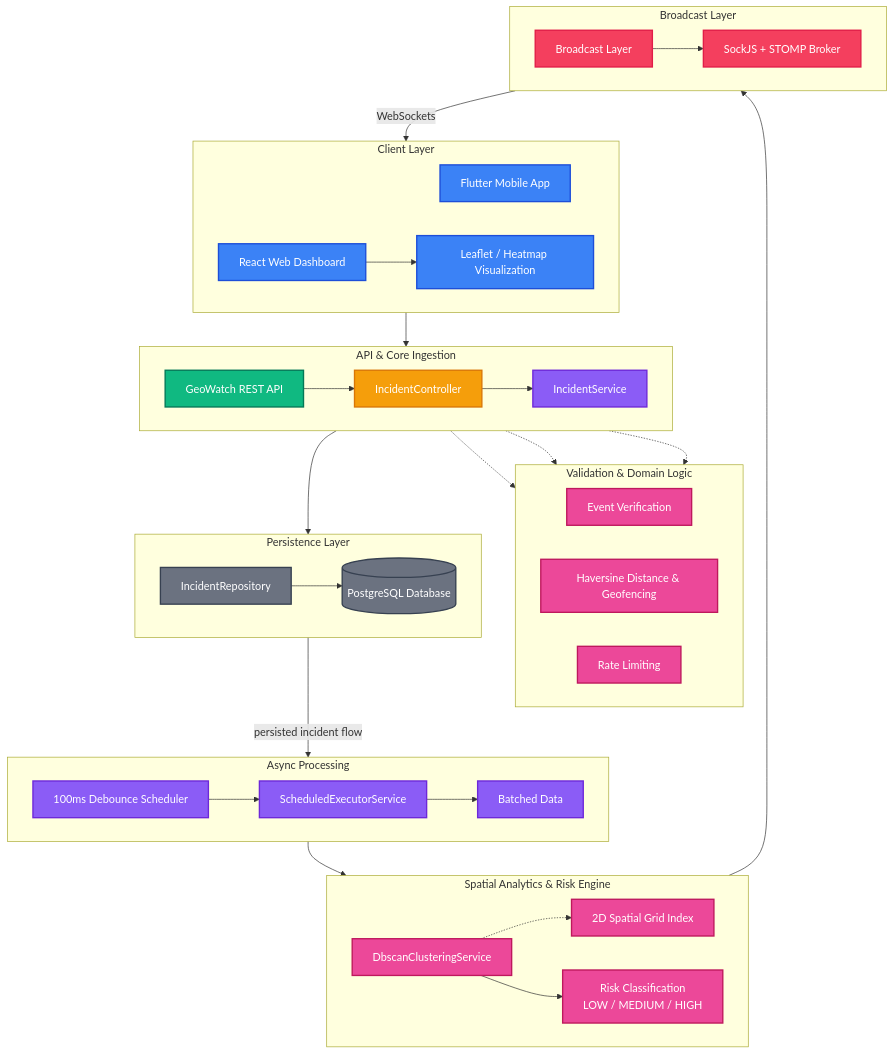
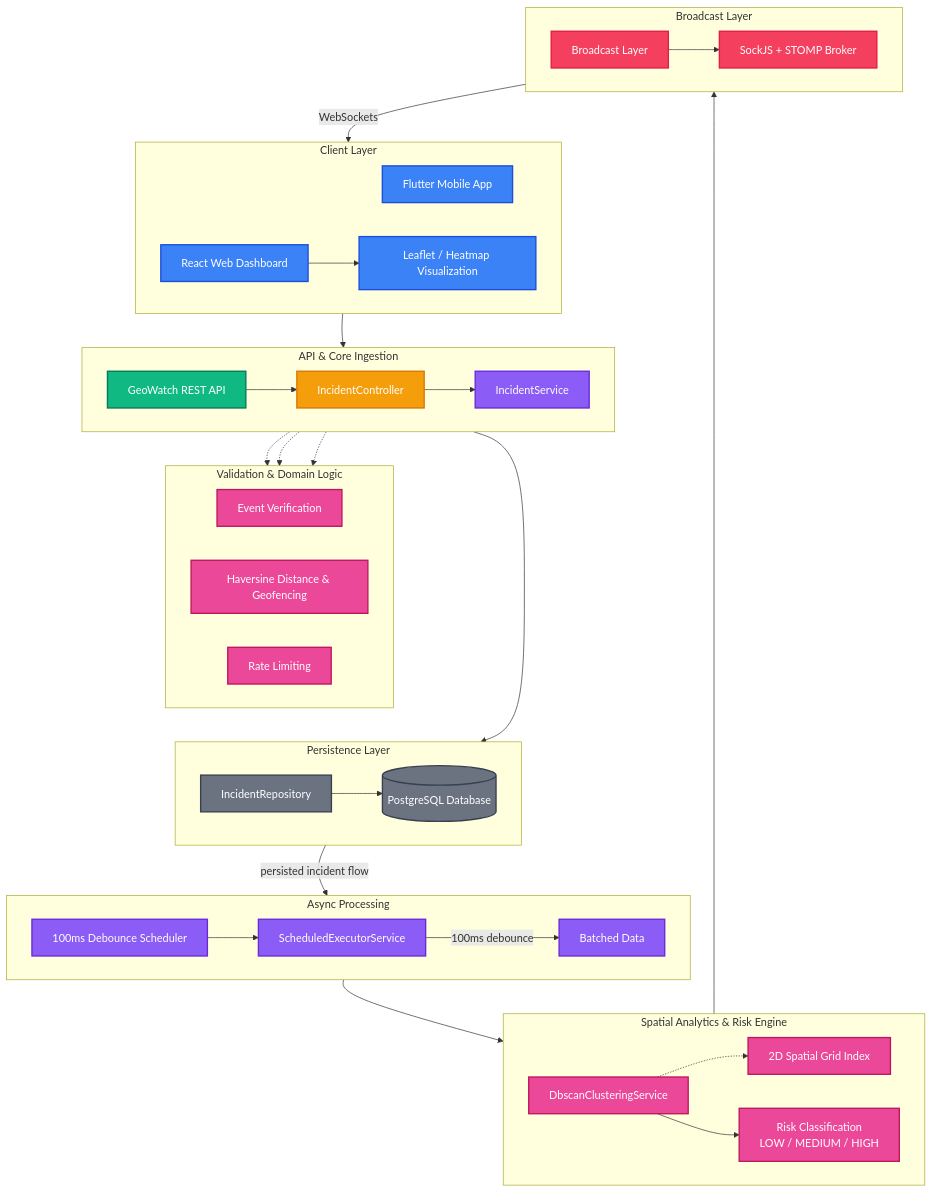
Before and after one commit to SujalPatil21/Geo-Watch: the diagram in docs/ARCHITECTURE.md, drawn with Mermaid.

Commit message:
Position Broadcast Layer correctly in ARCHITECTURE.md Mermaid flow

````diff
--- a/docs/ARCHITECTURE.md
+++ b/docs/ARCHITECTURE.md
@@ -73,7 +73,6 @@
         Mobile["Flutter Mobile App"]:::client
         ReactDash["React Web Dashboard"]:::client
         Leaflet["Leaflet / Heatmap Visualization"]:::client
-        ReactDash --> Leaflet
     end
 
     subgraph IngestionLayer [API & Core Ingestion]
@@ -81,7 +80,6 @@
         REST["GeoWatch REST API"]:::api
         Ctrl["IncidentController"]:::controller
         Svc["IncidentService"]:::service
-        REST --> Ctrl --> Svc
     end
 
     subgraph ValidationLayer [Validation & Domain Logic]
@@ -95,7 +93,6 @@
         direction LR
         Repo["IncidentRepository"]:::db
         Postgres[("PostgreSQL Database")]:::db
-        Repo --> Postgres
     end
 
     subgraph AsyncLayer [Async Processing]
@@ -103,7 +100,6 @@
         Scheduler["100ms Debounce Scheduler"]:::service
         Exec["ScheduledExecutorService"]:::service
         Batch["Batched Data"]:::service
-        Scheduler --> Exec --> Batch
     end
 
     subgraph SpatialLayer [Spatial Analytics & Risk Engine]
@@ -111,18 +107,26 @@
         DBSCAN["DbscanClusteringService"]:::logic
         Grid["2D Spatial Grid Index"]:::logic
         Risk["Risk Classification<br/>LOW / MEDIUM / HIGH"]:::logic
-        DBSCAN -.-> Grid
-        DBSCAN --> Risk
     end
 
     subgraph BroadcastLayer [Broadcast Layer]
         direction LR
         Broadcast["Broadcast Layer"]:::broker
         SockJS["SockJS + STOMP Broker"]:::broker
-        Broadcast --> SockJS
     end
 
+    %% Layout rank hints to keep subgraphs in top-to-bottom sequence (invisible links)
+    ClientLayer ~~~ IngestionLayer
+    IngestionLayer ~~~ ValidationLayer
+    ValidationLayer ~~~ PersistenceLayer
+    PersistenceLayer ~~~ AsyncLayer
+    AsyncLayer ~~~ SpatialLayer
+    SpatialLayer ~~~ BroadcastLayer
+
+    %% Ingestion flow
     Mobile --> REST
+    REST --> Ctrl
+    Ctrl --> Svc
     
     %% Domain validation checks associated with IncidentService
     Svc -.-> EvtVer
@@ -131,12 +135,21 @@
     
     %% Service persists data to Repository after validation
     Svc --> Repo
+    Repo --> Postgres
     
     %% Async scheduling path
     Repo -->|persisted incident flow| Scheduler
+    Scheduler --> Exec
+    Exec -->|100ms debounce| Batch
     Batch --> DBSCAN
+    
+    %% Spatial Index grid is a supporting utility to clustering, not a sequential stage
+    DBSCAN -.-> Grid
+    DBSCAN --> Risk
     
     %% Broadcast updates flow
     Risk --> Broadcast
+    Broadcast --> SockJS
     SockJS -->|WebSockets| ReactDash
+    ReactDash --> Leaflet
 ```
````
